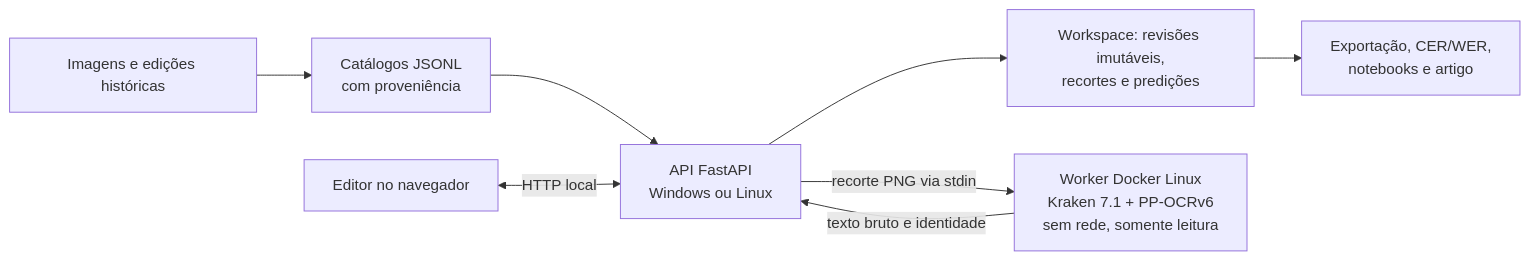
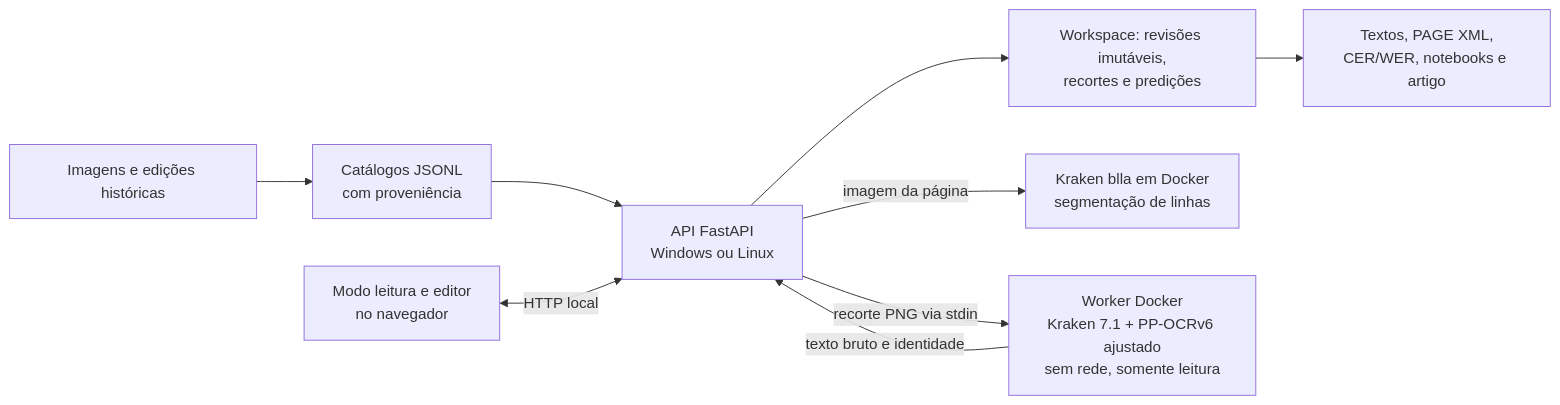
The diagram in README.md (aj1no/paleographia-htr), drawn with Mermaid before and after one commit. The commit also changed other lines of this file and 5 other files, not shown here.

````diff
--- a/README.md
+++ b/README.md
@@ -72,10 +76,11 @@
 ```mermaid
 flowchart LR
     A[Imagens e edições históricas] --> B[Catálogos JSONL<br/>com proveniência]
     B --> C[API FastAPI<br/>Windows ou Linux]
-    D[Editor no navegador] <-->|HTTP local| C
+    D[Modo leitura e editor<br/>no navegador] <-->|HTTP local| C
     C --> E[Workspace: revisões imutáveis,<br/>recortes e predições]
-    C -->|recorte PNG via stdin| F[Worker Docker Linux<br/>Kraken 7.1 + PP-OCRv6<br/>sem rede, somente leitura]
+    C -->|imagem da página| S[Kraken blla em Docker<br/>segmentação de linhas]
+    C -->|recorte PNG via stdin| F[Worker Docker<br/>Kraken 7.1 + PP-OCRv6 ajustado<br/>sem rede, somente leitura]
     F -->|texto bruto e identidade| C
-    E --> G[Exportação, CER/WER,<br/>notebooks e artigo]
+    E --> G[Textos, PAGE XML,<br/>CER/WER, notebooks e artigo]
 ```
````
